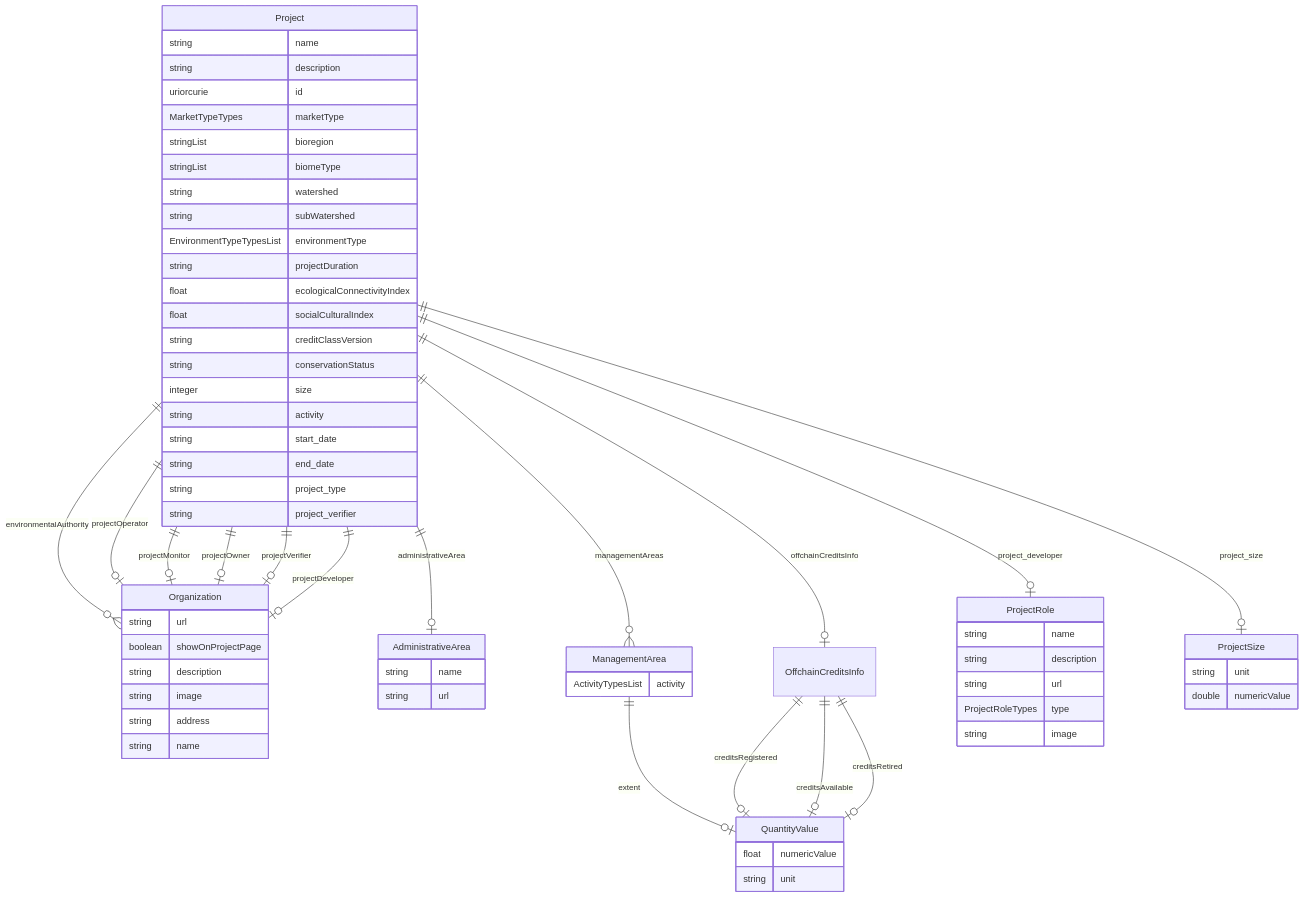
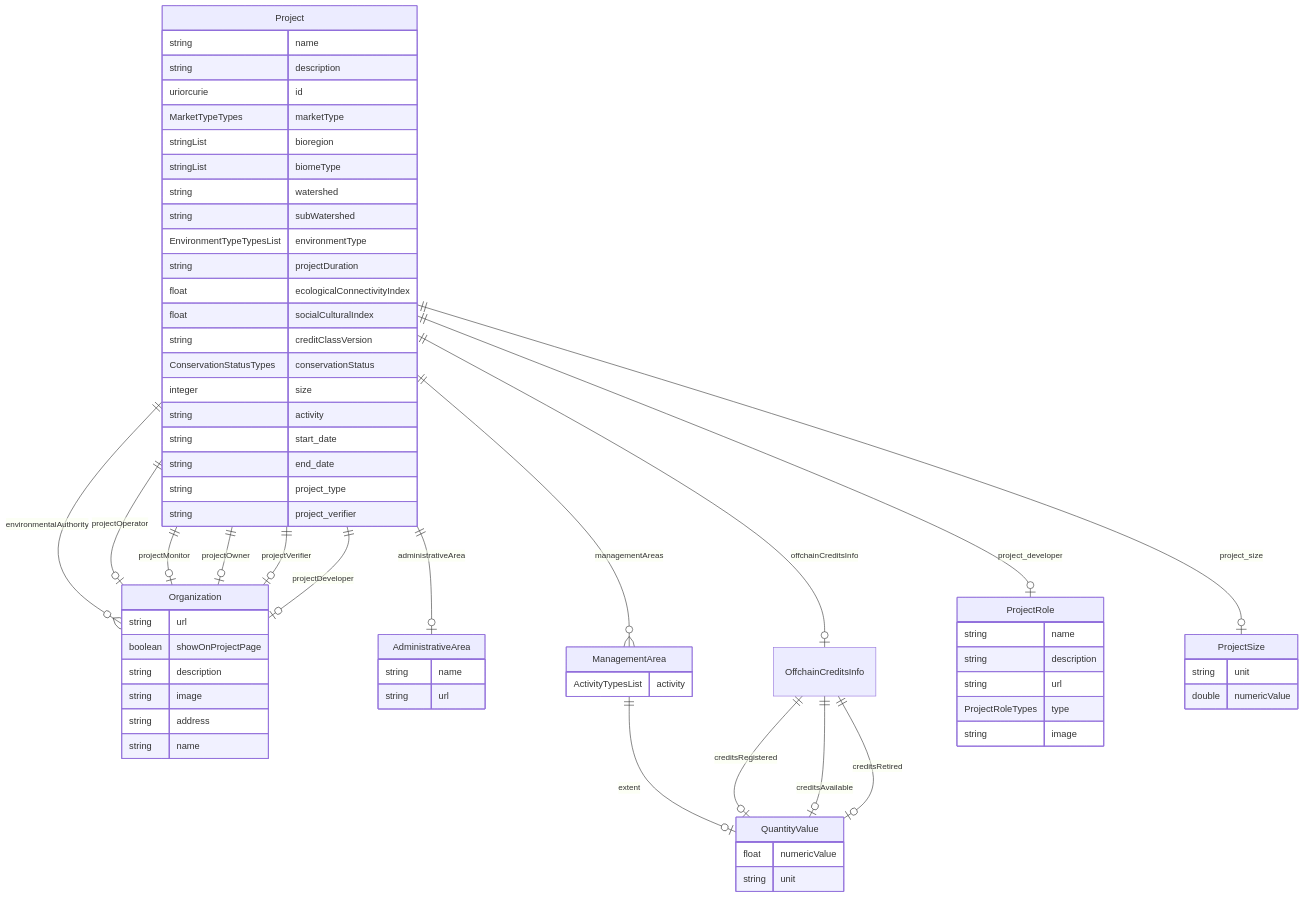
The diagram in schema/generated/Project.md (regen-network/regen-data-standards), drawn with Mermaid before and after one commit. The commit also changed other lines of this file and 9 other files, not shown here.

Commit message:
fix range for conservation status

````diff
--- a/schema/generated/Project.md
+++ b/schema/generated/Project.md
@@ -11,75 +11,75 @@
 ```mermaid
 erDiagram
 Project {
     string name  
     string description  
     uriorcurie id  
     MarketTypeTypes marketType  
     stringList bioregion  
     stringList biomeType  
     string watershed  
     string subWatershed  
     EnvironmentTypeTypesList environmentType  
     string projectDuration  
     float ecologicalConnectivityIndex  
     float socialCulturalIndex  
     string creditClassVersion  
-    string conservationStatus  
+    ConservationStatusTypes conservationStatus  
     integer size  
     string activity  
     string start_date  
     string end_date  
     string project_type  
     string project_verifier  
 }
 Organization {
     string url  
     boolean showOnProjectPage  
     string description  
     string image  
     string address  
     string name  
 }
 AdministrativeArea {
     string name  
     string url  
 }
 ManagementArea {
     ActivityTypesList activity  
 }
 QuantityValue {
     float numericValue  
     string unit  
 }
 OffchainCreditsInfo {
 
 }
 ProjectRole {
     string name  
     string description  
     string url  
     ProjectRoleTypes type  
     string image  
 }
 ProjectSize {
     string unit  
     double numericValue  
 }
 
 Project ||--|o ProjectSize : "project_size"
 Project ||--|o ProjectRole : "project_developer"
 Project ||--}o Organization : "environmentalAuthority"
 Project ||--|o OffchainCreditsInfo : "offchainCreditsInfo"
 Project ||--}o ManagementArea : "managementAreas"
 Project ||--|o AdministrativeArea : "administrativeArea"
 Project ||--|o Organization : "projectOperator"
 Project ||--|o Organization : "projectMonitor"
 Project ||--|o Organization : "projectOwner"
 Project ||--|o Organization : "projectVerifier"
 Project ||--|o Organization : "projectDeveloper"
 ManagementArea ||--|o QuantityValue : "extent"
 OffchainCreditsInfo ||--|o QuantityValue : "creditsRegistered"
 OffchainCreditsInfo ||--|o QuantityValue : "creditsAvailable"
 OffchainCreditsInfo ||--|o QuantityValue : "creditsRetired"
 
 ```
````
